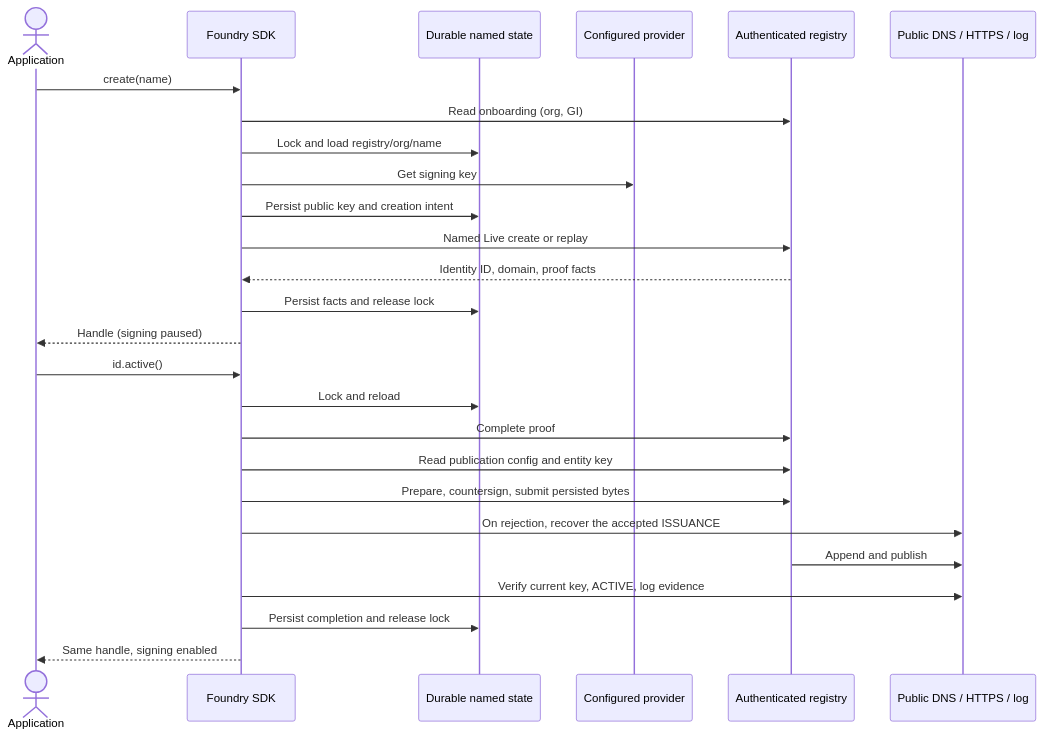
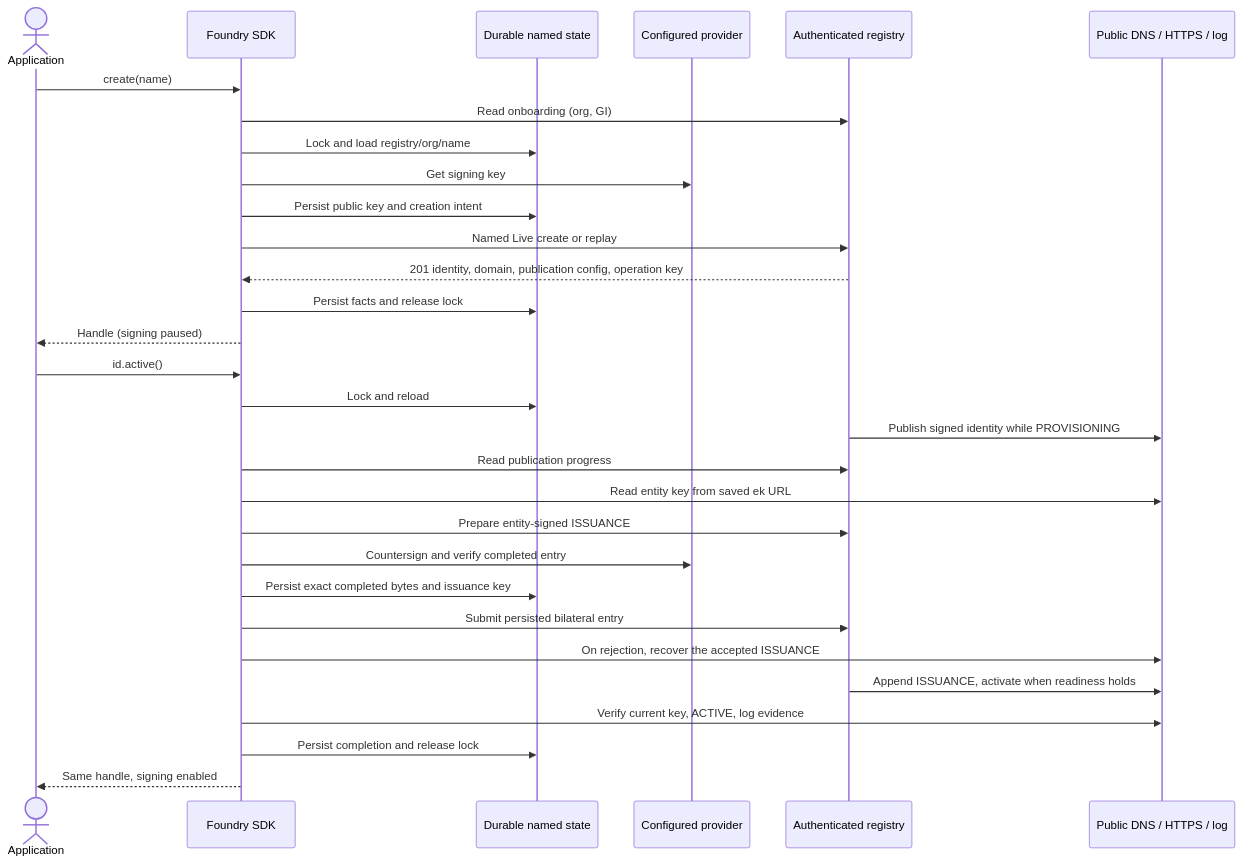
Before and after one commit to dnsid-ai/dnsid-sdk-compliance: the diagram in docs/known-foundry-server-requirements.md, drawn with Mermaid. The commit also changed other lines of this file and 8 other files, not shown here.

Commit message:
docs: align registration design with bilateral issuance

````diff
--- a/docs/known-foundry-server-requirements.md
+++ b/docs/known-foundry-server-requirements.md
@@ -27,29 +25,33 @@
 ```mermaid
 sequenceDiagram
     actor App as Application
     participant SDK as Foundry SDK
     participant State as Durable named state
     participant Keys as Configured provider
     participant Registry as Authenticated registry
     participant Public as Public DNS / HTTPS / log
 
     App->>SDK: create(name)
     SDK->>Registry: Read onboarding (org, GI)
     SDK->>State: Lock and load registry/org/name
     SDK->>Keys: Get signing key
     SDK->>State: Persist public key and creation intent
     SDK->>Registry: Named Live create or replay
-    Registry-->>SDK: Identity ID, domain, proof facts
+    Registry-->>SDK: 201 identity, domain, publication config, operation key
     SDK->>State: Persist facts and release lock
     SDK-->>App: Handle (signing paused)
     App->>SDK: id.active()
     SDK->>State: Lock and reload
-    SDK->>Registry: Complete proof
-    SDK->>Registry: Read publication config and entity key
-    SDK->>Registry: Prepare, countersign, submit persisted bytes
+    Registry->>Public: Publish signed identity while PROVISIONING
+    SDK->>Registry: Read publication progress
+    SDK->>Public: Read entity key from saved ek URL
+    SDK->>Registry: Prepare entity-signed ISSUANCE
+    SDK->>Keys: Countersign and verify completed entry
+    SDK->>State: Persist exact completed bytes and issuance key
+    SDK->>Registry: Submit persisted bilateral entry
     SDK->>Public: On rejection, recover the accepted ISSUANCE
-    Registry->>Public: Append and publish
+    Registry->>Public: Append ISSUANCE, activate when readiness holds
     SDK->>Public: Verify current key, ACTIVE, log evidence
     SDK->>State: Persist completion and release lock
     SDK-->>App: Same handle, signing enabled
 ```
````
